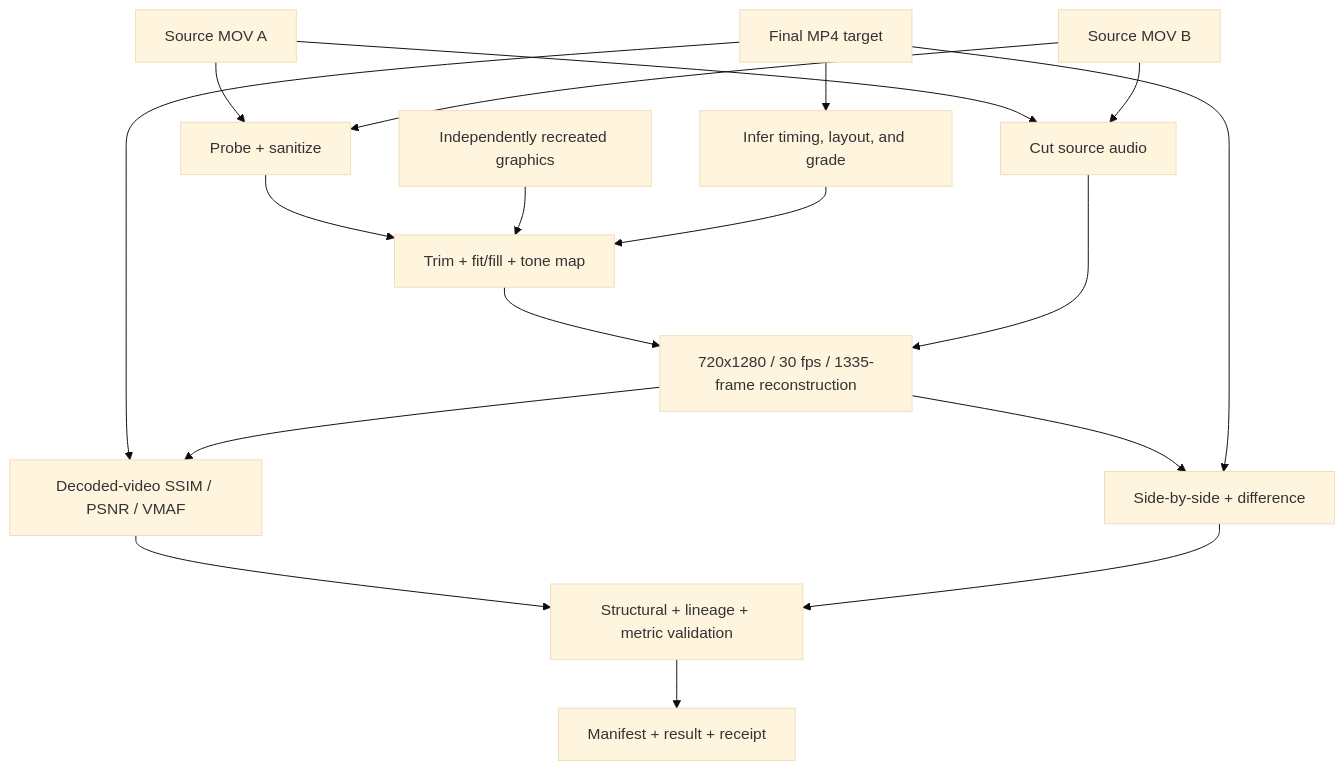
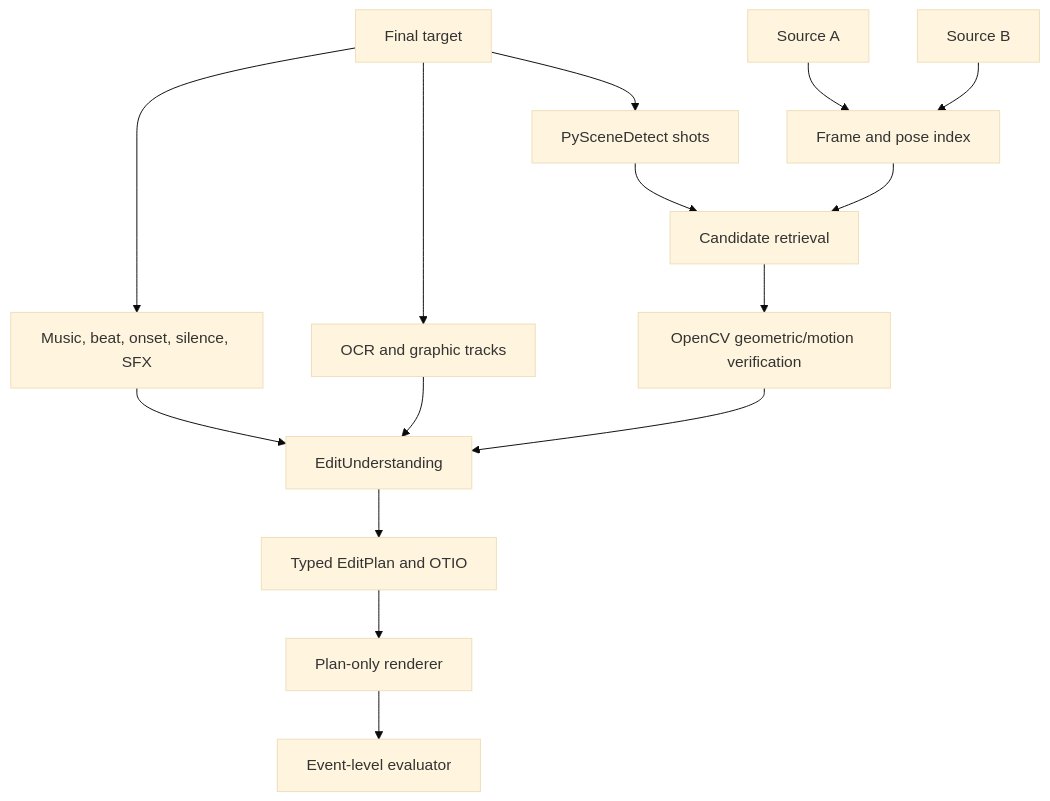
The second of 2 diagrams in docs/architecture.md (HomenShum/NodeVideo), drawn with Mermaid (base theme) before and after one commit. The commit also changed other lines of this file and 65 other files, not shown here.

First line of the commit message:
NodeVideo V2: bounded audiovisual edit reconstruction (#4)

````diff
--- a/docs/architecture.md
+++ b/docs/architecture.md
@@ -93,20 +140,17 @@
 ```mermaid
 flowchart TD
-  A["Source MOV A"] --> PR["Probe + sanitize"]
-  B["Source MOV B"] --> PR
-  T["Final MP4 target"] --> AN["Infer timing, layout, and grade"]
-  PR --> R["Trim + fit/fill + tone map"]
-  G["Independently recreated graphics"] --> R
-  AN --> R
-  A --> AU["Cut source audio"]
-  B --> AU
-  R --> RC["720x1280 / 30 fps / 1335-frame reconstruction"]
-  AU --> RC
-  T --> EV["Decoded-video SSIM / PSNR / VMAF"]
-  RC --> EV
-  RC --> CMP["Side-by-side + difference"]
-  T --> CMP
-  EV --> VAL["Structural + lineage + metric validation"]
-  CMP --> VAL
-  VAL --> REC["Manifest + result + receipt"]
+  T["Final target"] --> S["PySceneDetect shots"]
+  A["Source A"] --> I["Frame and pose index"]
+  B["Source B"] --> I
+  T --> M["Music, beat, onset, silence, SFX"]
+  T --> X["OCR and graphic tracks"]
+  S --> C["Candidate retrieval"]
+  I --> C
+  C --> G["OpenCV geometric/motion verification"]
+  M --> E["EditUnderstanding"]
+  X --> E
+  G --> E
+  E --> P["Typed EditPlan and OTIO"]
+  P --> R["Plan-only renderer"]
+  R --> Q["Event-level evaluator"]
 ```
````
